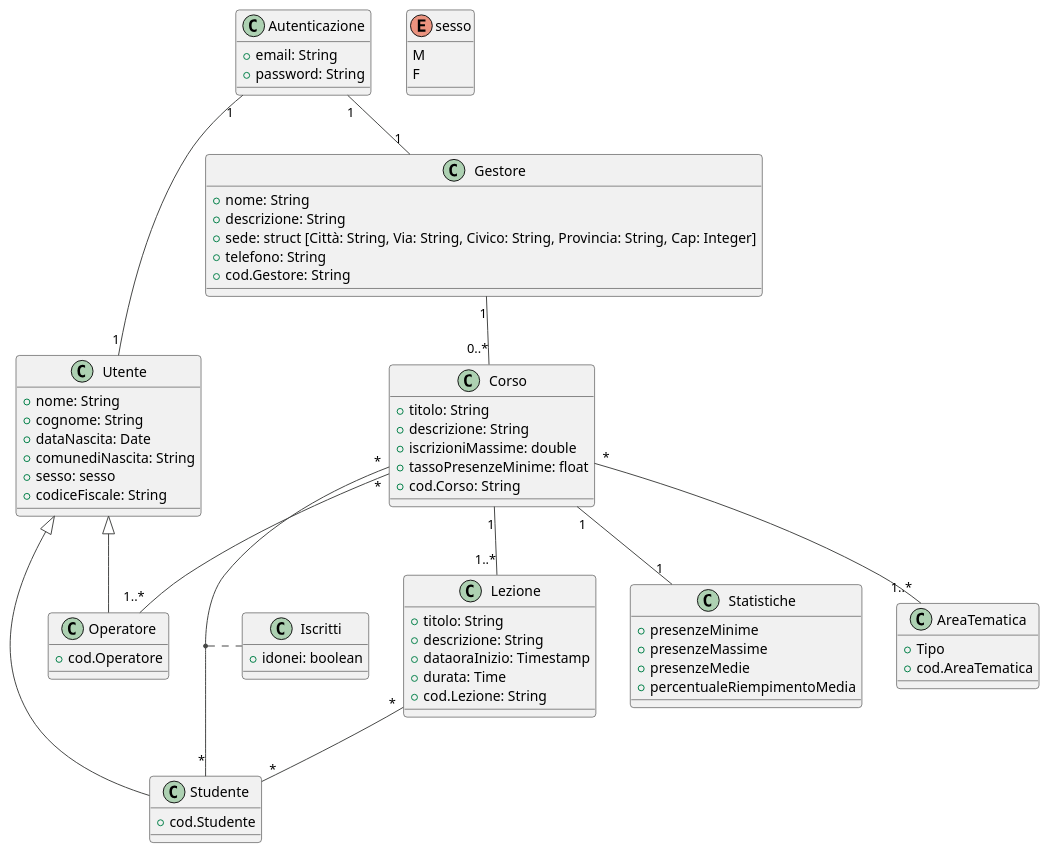
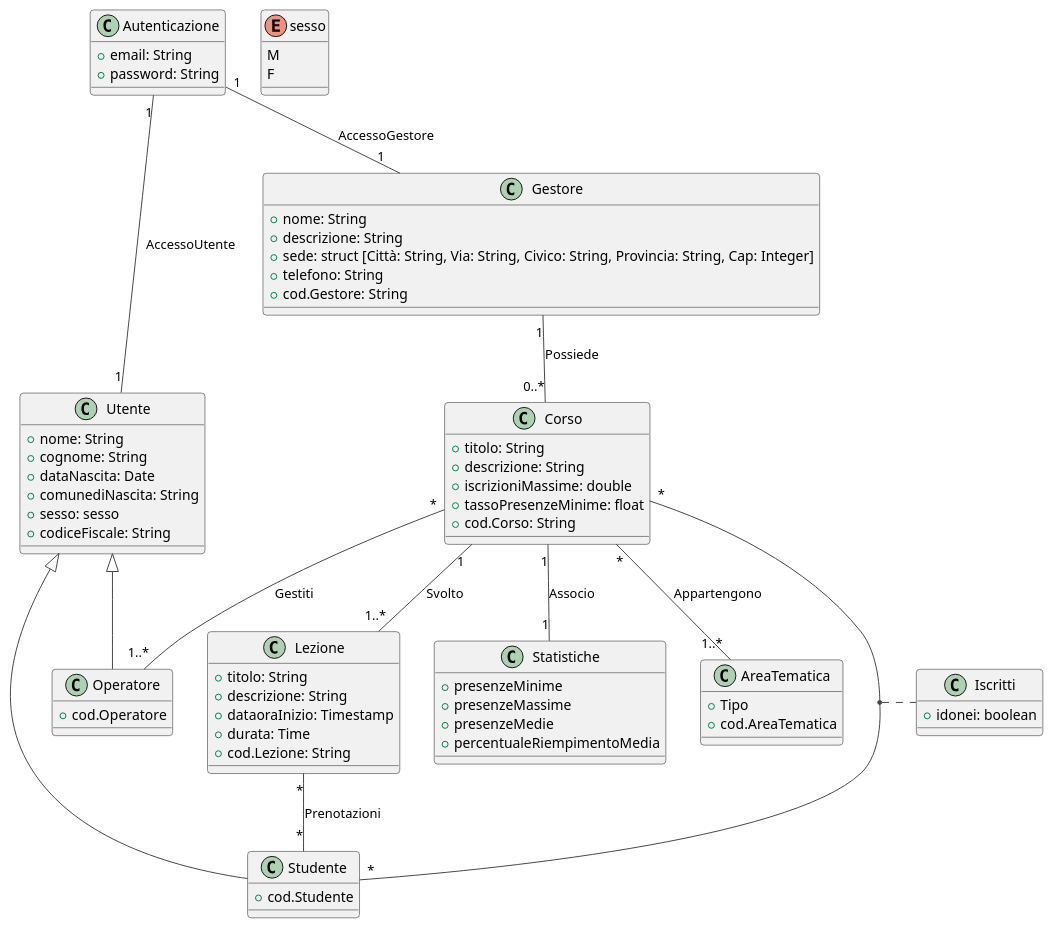
One commit to agostino-code/OO-BDI-Project changed the diagram in UML.puml. Above: the diagram before and after it, drawn with PlantUML. The commit also changed 9 other files, not shown here.

```diff
--- a/UML.puml
+++ b/UML.puml
@@ -1,74 +1,74 @@
 @startuml
 
 'https://plantuml.com/class-diagram
 !theme vibrant
 class Autenticazione {
   +email: String
   +password: String
 }
-Autenticazione "1" -- "1" Utente
-Autenticazione "1" -- "1" Gestore
+Autenticazione "1" -- "1" Utente :AccessoUtente
+Autenticazione "1" -- "1" Gestore :AccessoGestore
 class Utente{
   +nome: String
   +cognome: String
   +dataNascita: Date
   +comunediNascita: String
   +sesso: sesso
   +codiceFiscale: String
 }
 class Gestore {
   +nome: String
   +descrizione: String
   +sede: struct [Città: String, Via: String, Civico: String, Provincia: String, Cap: Integer]
   +telefono: String
   +cod.Gestore: String
 }
 class Operatore{
   +cod.Operatore
 }
 class Studente{
   +cod.Studente
 }
 enum sesso{
 M
 F
 }
 Utente <|-- Operatore
 Utente <|-- Studente
-Gestore "1" -- "0..*" Corso
+Gestore "1" -- "0..*" Corso:Possiede
 Corso "*" -- "*" Studente
-Corso "*" -- "1..*" Operatore
+Corso "*" -- "1..*" Operatore:Gestiti
 class Corso{
   +titolo: String
   +descrizione: String
   +iscrizioniMassime: double
   +tassoPresenzeMinime: float
   +cod.Corso: String
 }
 class Lezione{
   +titolo: String
   +descrizione: String
   +dataoraInizio: Timestamp
   +durata: Time
   +cod.Lezione: String
 }
-Corso "1" -- "1..*" Lezione
+Corso "1" -- "1..*" Lezione:Svolto
 (Corso, Studente) .. Iscritti
-Lezione "*" -- "*" Studente
+Lezione "*" -- "*" Studente:Prenotazioni
 class Iscritti{
 +idonei: boolean
 }
 class Statistiche{
   +presenzeMinime
   +presenzeMassime
   +presenzeMedie
   +percentualeRiempimentoMedia
 }
-Corso "1" -- "1" Statistiche
+Corso "1" -- "1" Statistiche:Associo
 class AreaTematica{
   +Tipo
   +cod.AreaTematica
 }
-Corso "*" -- "1..*" AreaTematica
+Corso "*" -- "1..*" AreaTematica:Appartengono
 
 @enduml
```
